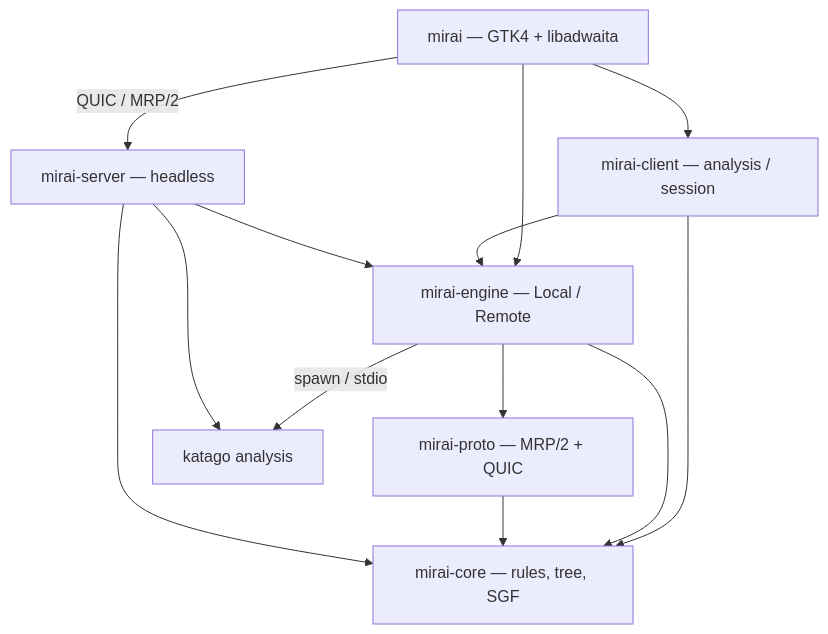
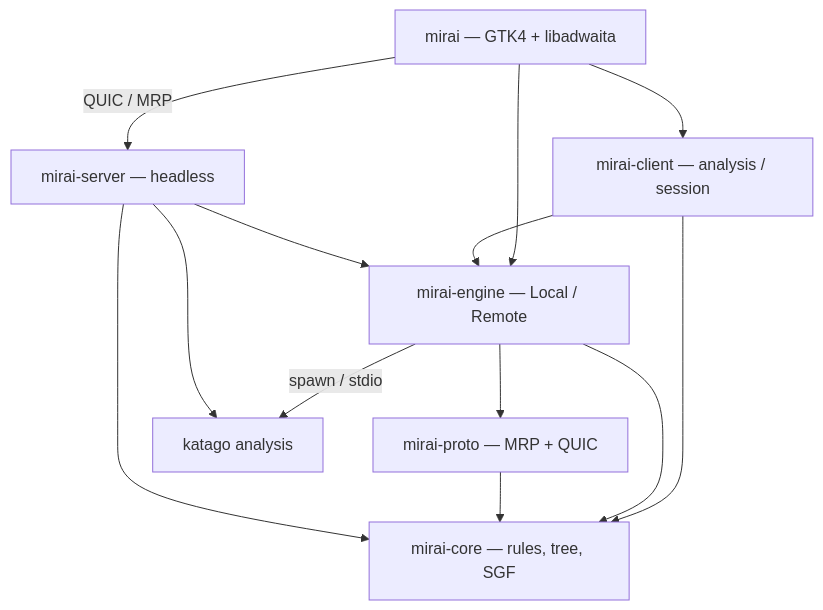
One commit to zhaob1n/mirai changed the first of 4 diagrams in docs/dev/ARCHITECTURE.md. Above: the diagram before and after it, drawn with Mermaid. The commit also changed other lines of this file and 21 other files, not shown here.

First line of the commit message:
mirai-proto: speak protocol version 0.1.0

````diff
--- a/docs/dev/ARCHITECTURE.md
+++ b/docs/dev/ARCHITECTURE.md
@@ -31,23 +31,23 @@
 ```mermaid
 flowchart TB
     gtk["mirai — GTK4 + libadwaita"]
     client["mirai-client — analysis / session"]
     engine["mirai-engine — Local / Remote"]
-    proto["mirai-proto — MRP/2 + QUIC"]
+    proto["mirai-proto — MRP + QUIC"]
     core["mirai-core — rules, tree, SGF"]
     server["mirai-server — headless"]
     katago["katago analysis"]
 
     gtk --> client
     gtk --> engine
     client --> engine
     client --> core
     engine --> proto
     engine --> core
     proto --> core
     server --> engine
     server --> core
     engine -->|"spawn / stdio"| katago
-    gtk -->|"QUIC / MRP/2"| server
+    gtk -->|"QUIC / MRP"| server
     server --> katago
 ```
````
